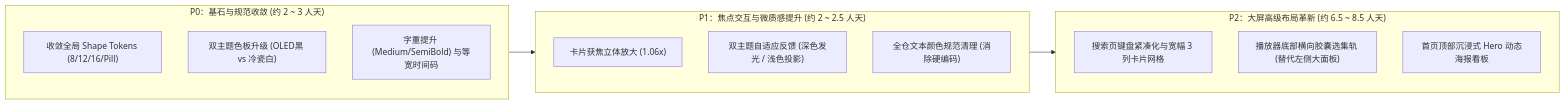
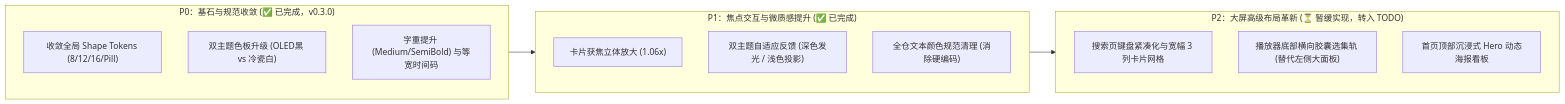
The diagram in docs/UI优化设计建议.md (wwwtwww/BTV), drawn with Mermaid before and after one commit. The commit also changed other lines of this file and 1 other file, not shown here.

````diff
--- a/docs/UI优化设计建议.md
+++ b/docs/UI优化设计建议.md
@@ -113,25 +113,25 @@
 ```mermaid
 flowchart LR
-    subgraph P0["P0：基石与规范收敛 (约 2 ~ 3 人天)"]
+    subgraph P0["P0：基石与规范收敛 (✅ 已完成，v0.3.0)"]
         direction TB
         A1["收敛全局 Shape Tokens (8/12/16/Pill)"]
         A2["双主题色板升级 (OLED黑 vs 冷瓷白)"]
         A3["字重提升 (Medium/SemiBold) 与等宽时间码"]
     end
 
-    subgraph P1["P1：焦点交互与微质感提升 (约 2 ~ 2.5 人天)"]
+    subgraph P1["P1：焦点交互与微质感提升 (✅ 已完成)"]
         direction TB
         B1["卡片获焦立体放大 (1.06x)"]
         B2["双主题自适应反馈 (深色发光 / 浅色投影)"]
         B3["全仓文本颜色规范清理 (消除硬编码)"]
     end
 
-    subgraph P2["P2：大屏高级布局革新 (约 6.5 ~ 8.5 人天)"]
+    subgraph P2["P2：大屏高级布局革新 (⏳ 暂缓实现，转入 TODO)"]
         direction TB
         C1["搜索页键盘紧凑化与宽幅 3 列卡片网格"]
         C2["播放器底部横向胶囊选集轨 (替代左侧大面板)"]
         C3["首页顶部沉浸式 Hero 动态海报看板"]
     end
 
     P0 --> P1 --> P2
 ```
````
